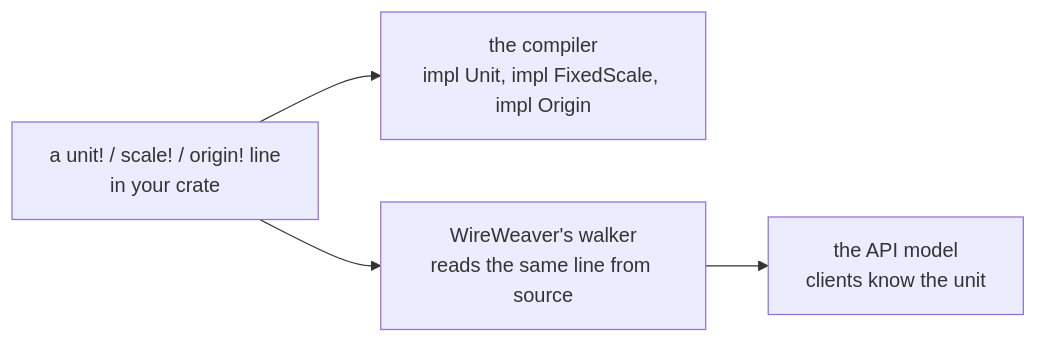
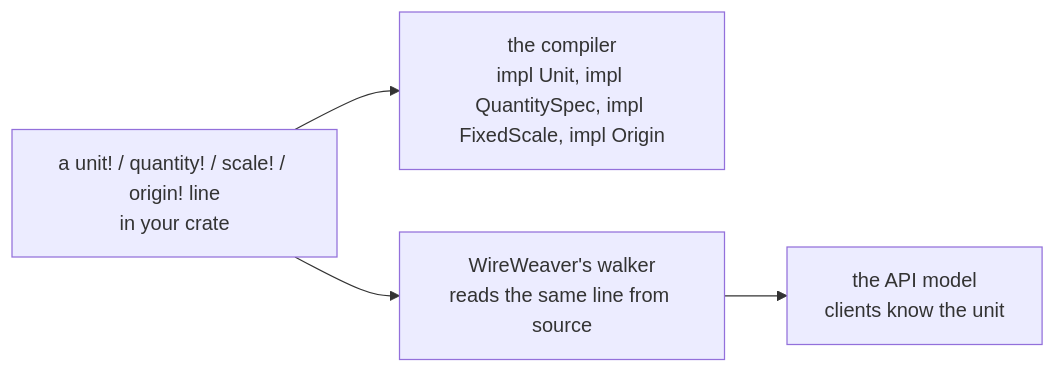
Before and after one commit to romixlab/exact_units: the diagram in docs/units/declare.md, drawn with Mermaid. The commit also changed other lines of this file and 9 other files, not shown here.

First line of the commit message:
docs(quantity): the book on quantities, replacing kinds (UNIT-8)

````diff
--- a/docs/units/declare.md
+++ b/docs/units/declare.md
@@ -9,6 +9,6 @@
 ```mermaid
 graph LR
-  L["a unit! / scale! / origin! line<br/>in your crate"] --> C["the compiler<br/>impl Unit, impl FixedScale, impl Origin"]
+  L["a unit! / quantity! / scale! / origin! line<br/>in your crate"] --> C["the compiler<br/>impl Unit, impl QuantitySpec, impl FixedScale, impl Origin"]
   L --> W["WireWeaver's walker<br/>reads the same line from source"]
   W --> M["the API model<br/>clients know the unit"]
 ```
````
